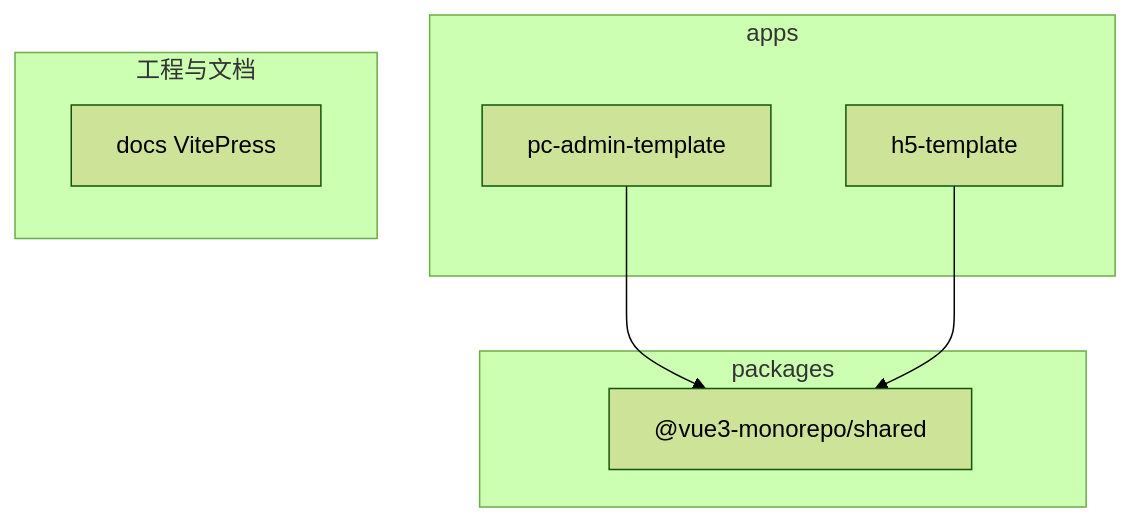
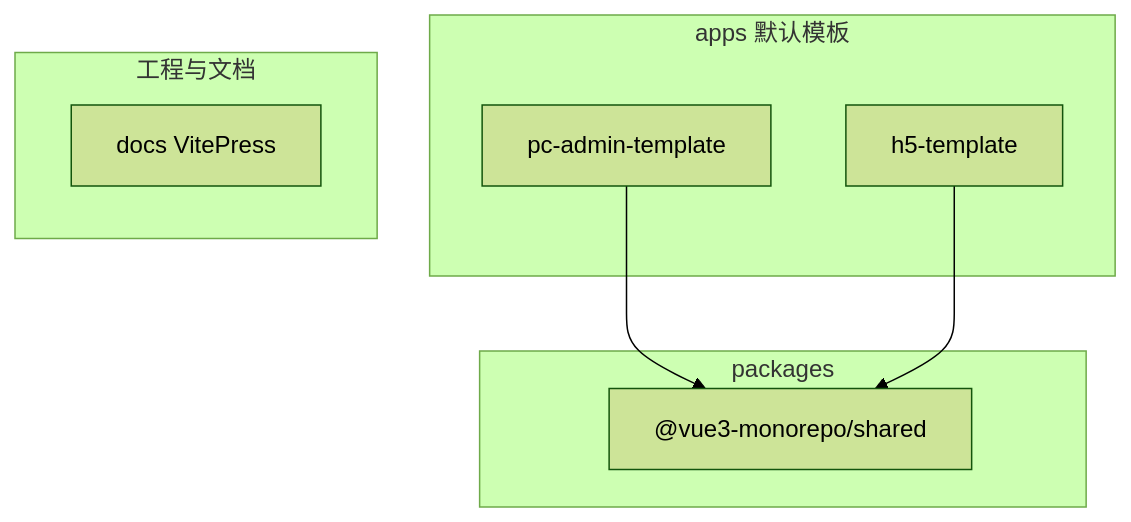
The diagram in docs/guide/architecture.md (YanivWang/vue3-monorepo), drawn with Mermaid (forest theme) before and after one commit. The commit also changed other lines of this file and 12 other files, not shown here.

````diff
--- a/docs/guide/architecture.md
+++ b/docs/guide/architecture.md
@@ -7,15 +7,15 @@
 ```mermaid
 flowchart TB
-  subgraph apps [apps]
+  subgraph apps [apps 默认模板]
     admin[pc-admin-template]
     h5[h5-template]
   end
   subgraph packages [packages]
     shared["@vue3-monorepo/shared"]
   end
   subgraph tooling [工程与文档]
     docsPkg[docs VitePress]
   end
   admin --> shared
   h5 --> shared
 ```
````
